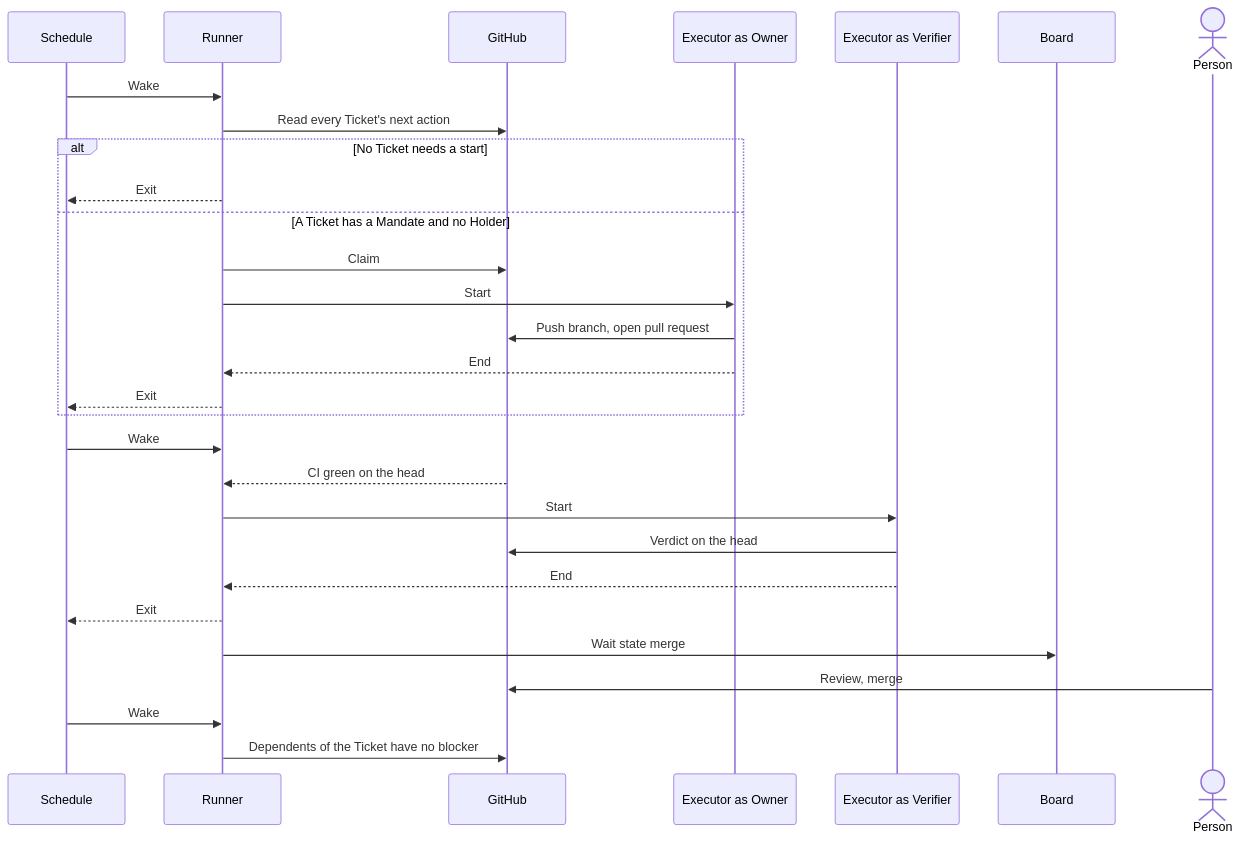
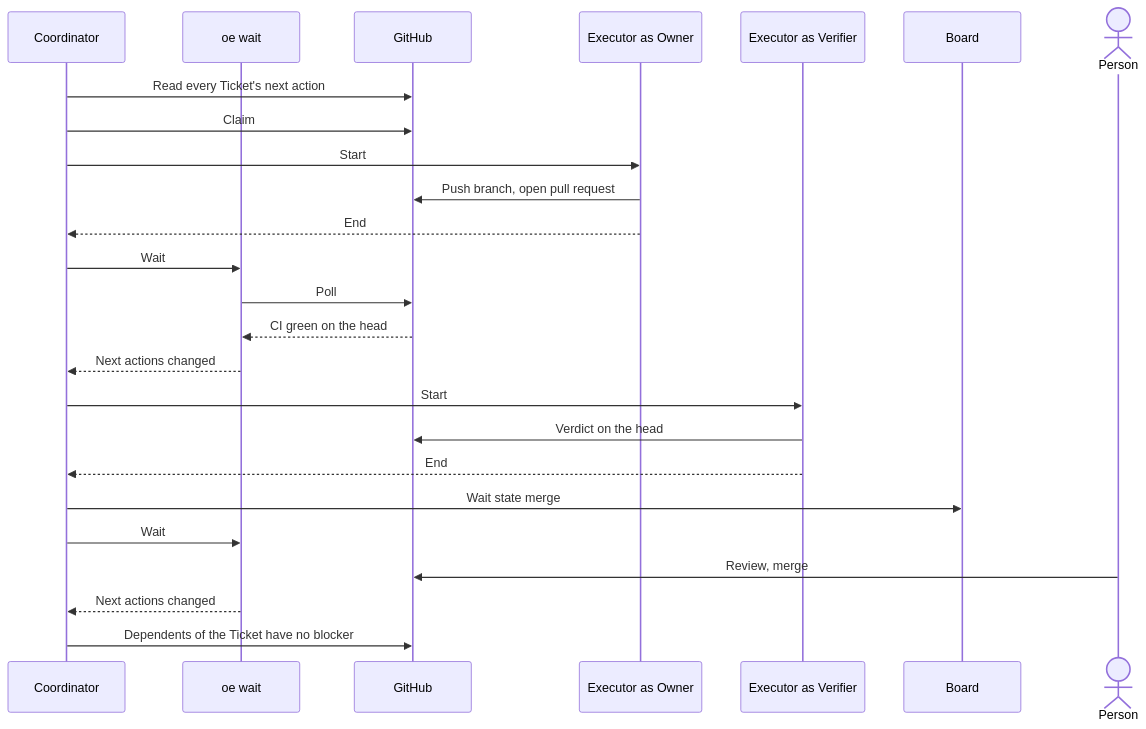
The fourth of 5 diagrams in docs/design/development-pipeline.md (maro114510/skills), drawn with Mermaid before and after one commit. The commit also changed other lines of this file and 2 other files, not shown here.

First line of the commit message:
docs(orchestrate-epic): remove the Runner and stale statements

````diff
--- a/docs/design/development-pipeline.md
+++ b/docs/design/development-pipeline.md
@@ -120,31 +120,27 @@
 ```mermaid
 sequenceDiagram
-    participant C as Schedule
-    participant R as Runner
+    participant R as Coordinator
+    participant W as oe wait
     participant G as GitHub
     participant O as Executor as Owner
     participant V as Executor as Verifier
     participant B as Board
     actor P as Person
-    C->>R: Wake
     R->>G: Read every Ticket's next action
-    alt No Ticket needs a start
-        R-->>C: Exit
-    else A Ticket has a Mandate and no Holder
-        R->>G: Claim
-        R->>O: Start
-        O->>G: Push branch, open pull request
-        O-->>R: End
-        R-->>C: Exit
-    end
-    C->>R: Wake
-    G-->>R: CI green on the head
+    R->>G: Claim
+    R->>O: Start
+    O->>G: Push branch, open pull request
+    O-->>R: End
+    R->>W: Wait
+    W->>G: Poll
+    G-->>W: CI green on the head
+    W-->>R: Next actions changed
     R->>V: Start
     V->>G: Verdict on the head
     V-->>R: End
-    R-->>C: Exit
     R->>B: Wait state merge
+    R->>W: Wait
     P->>G: Review, merge
-    C->>R: Wake
+    W-->>R: Next actions changed
     R->>G: Dependents of the Ticket have no blocker
 ```
````
